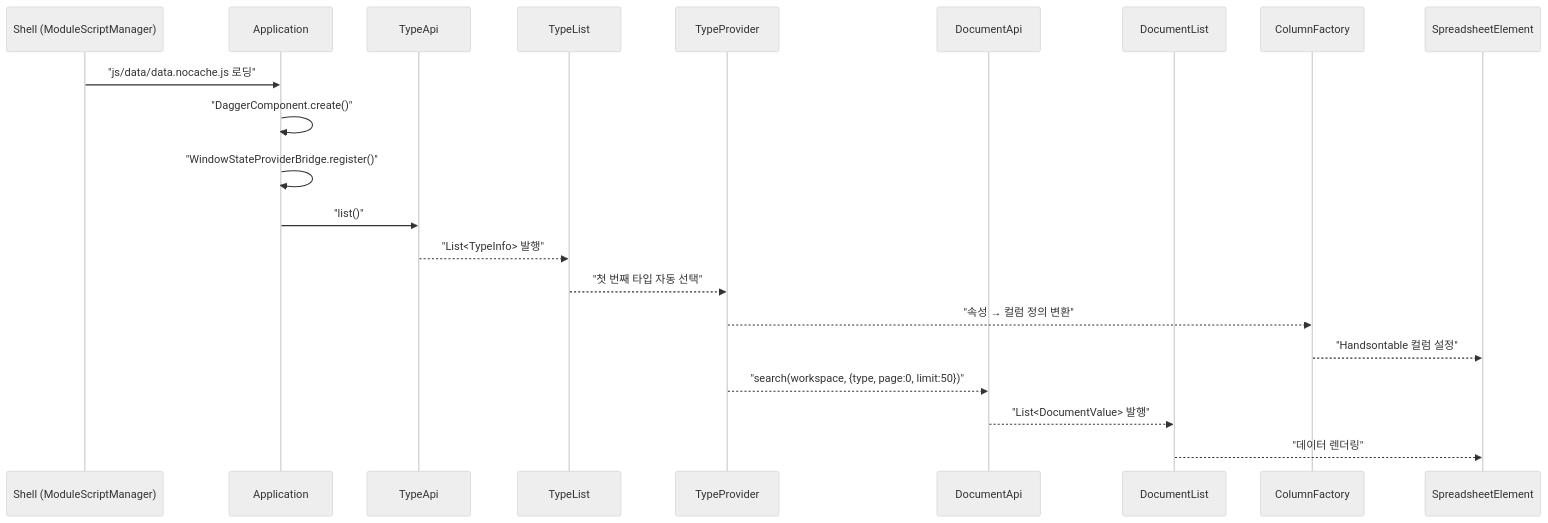
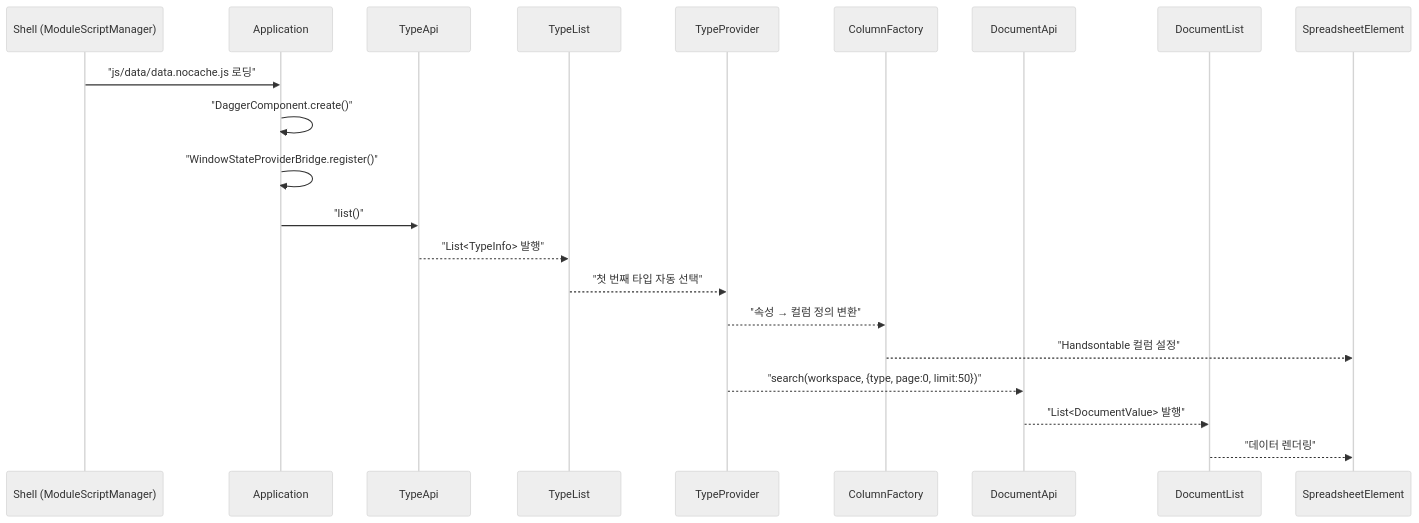
One commit to sayaya1090/handbook changed the first of 3 diagrams in document-ui/USECASE.md. Above: the diagram before and after it, drawn with Mermaid (neutral theme). The commit also changed other lines of this file and 58 other files, not shown here.

````diff
--- a/document-ui/USECASE.md
+++ b/document-ui/USECASE.md
@@ -5,24 +5,24 @@
 ```mermaid
 sequenceDiagram
     participant Shell as Shell (ModuleScriptManager)
     participant App as Application
     participant TA as TypeApi
     participant TL as TypeList
     participant TP as TypeProvider
+    participant CF as ColumnFactory
     participant DA as DocumentApi
     participant DL as DocumentList
-    participant CF as ColumnFactory
     participant Sheet as SpreadsheetElement
 
     Shell->>App: "js/data/data.nocache.js 로딩"
     App->>App: "DaggerComponent.create()"
     App->>App: "WindowStateProviderBridge.register()"
     App->>TA: "list()"
     TA-->>TL: "List<TypeInfo> 발행"
     TL-->>TP: "첫 번째 타입 자동 선택"
     TP-->>CF: "속성 → 컬럼 정의 변환"
     CF-->>Sheet: "Handsontable 컬럼 설정"
     TP-->>DA: "search(workspace, {type, page:0, limit:50})"
     DA-->>DL: "List<DocumentValue> 발행"
     DL-->>Sheet: "데이터 렌더링"
 ```
````
